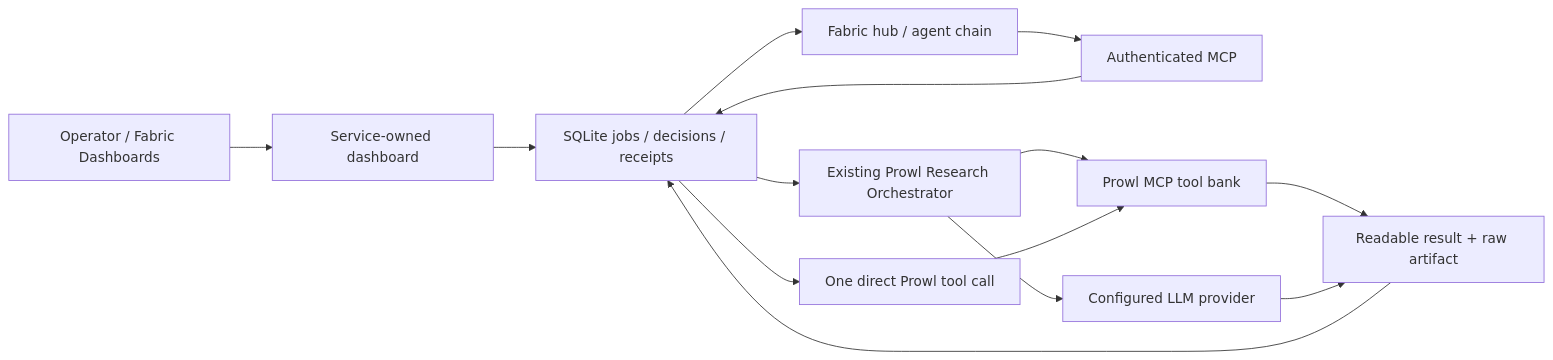
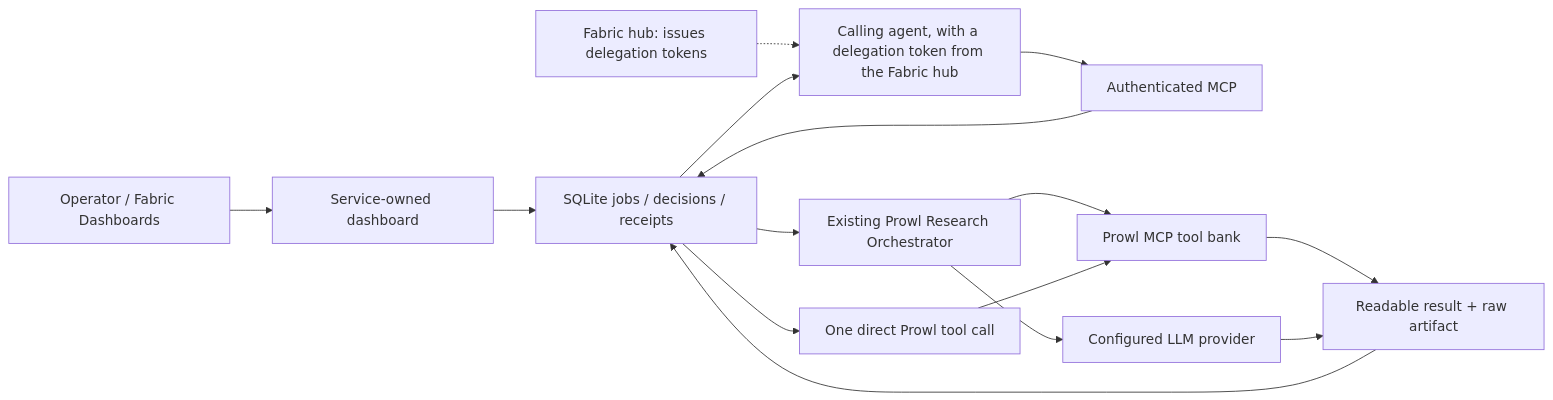
The diagram in docs/FABRIC.md (PROWL-AI/research-agent), drawn with Mermaid before and after one commit. The commit also changed other lines of this file and 20 other files, not shown here.

````diff
--- a/docs/FABRIC.md
+++ b/docs/FABRIC.md
@@ -9,16 +9,17 @@
 ```mermaid
 flowchart LR
  A[Operator / Fabric Dashboards] --> D[Service-owned dashboard]
- F[Fabric hub / agent chain] --> M[Authenticated MCP]
+ C[Calling agent, with a delegation token from the Fabric hub] --> M[Authenticated MCP]
+ H[Fabric hub: issues delegation tokens] -.-> C
  D --> S[SQLite jobs / decisions / receipts]
  M --> S
  S --> R[Existing Prowl Research Orchestrator]
  S --> T[One direct Prowl tool call]
  R --> P[Prowl MCP tool bank]
  R --> L[Configured LLM provider]
  T --> P
  P --> E[Readable result + raw artifact]
  L --> E
  E --> S
- S --> F
+ S --> C
 ```
````
